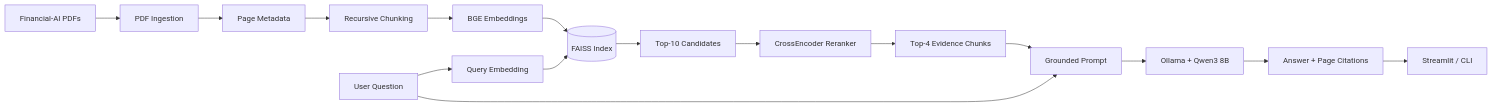
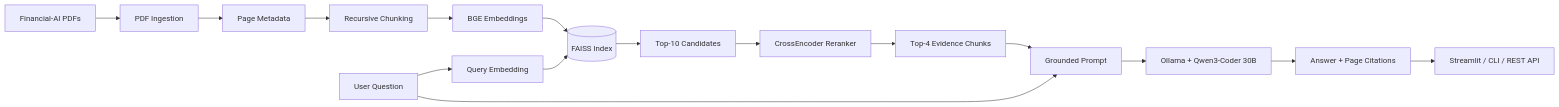
The diagram in README.md (SiddharthMuneshwar26/FinGuard_RAG), drawn with Mermaid before and after one commit. The commit also changed other lines of this file and 6 other files, not shown here.

````diff
--- a/README.md
+++ b/README.md
@@ -96,19 +108,19 @@
 ```mermaid
 flowchart LR
     A[Financial-AI PDFs] --> B[PDF Ingestion]
     B --> C[Page Metadata]
     C --> D[Recursive Chunking]
     D --> E[BGE Embeddings]
     E --> F[(FAISS Index)]
 
     Q[User Question] --> G[Query Embedding]
     G --> F
     F --> H[Top-10 Candidates]
     H --> I[CrossEncoder Reranker]
     I --> J[Top-4 Evidence Chunks]
     J --> K[Grounded Prompt]
     Q --> K
-    K --> L[Ollama + Qwen3 8B]
+    K --> L[Ollama + Qwen3-Coder 30B]
     L --> M[Answer + Page Citations]
-    M --> N[Streamlit / CLI]
+    M --> N[Streamlit / CLI / REST API]
 ```
````
